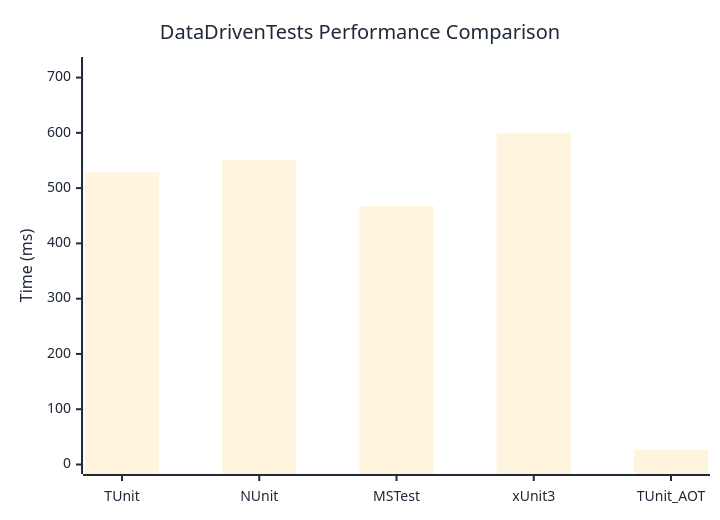
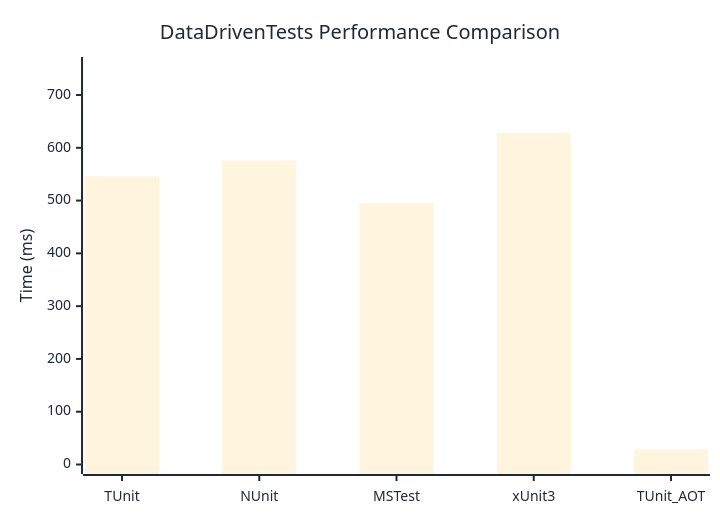
Before and after one commit to thomhurst/TUnit: the diagram in docs/docs/benchmarks/DataDrivenTests.md, drawn with Mermaid. The commit also changed other lines of this file and 17 other files, not shown here.

````diff
--- a/docs/docs/benchmarks/DataDrivenTests.md
+++ b/docs/docs/benchmarks/DataDrivenTests.md
@@ -27,37 +27,37 @@
 ```mermaid
 %%{init: {
   'theme':'base',
   'themeVariables': {
     'primaryColor': '#2563eb',
     'primaryTextColor': '#1f2937',
     'primaryBorderColor': '#1e40af',
     'lineColor': '#6b7280',
     'secondaryColor': '#7c3aed',
     'tertiaryColor': '#dc2626',
     'background': '#ffffff',
     'mainBkg': '#2563eb',
     'secondBkg': '#7c3aed',
     'tertiaryBkg': '#dc2626',
     'clusterBkg': '#f3f4f6',
     'edgeLabelBackground': '#ffffff',
     'tertiaryTextColor': '#1f2937',
     'pie1': '#2563eb',
     'pie2': '#7c3aed',
     'pie3': '#dc2626',
     'pie4': '#f59e0b',
     'pie5': '#10b981',
     'pie6': '#06b6d4',
     'pie7': '#ec4899',
     'pie8': '#6366f1',
     'pie9': '#84cc16',
     'pie10': '#f97316',
     'pie11': '#14b8a6',
     'pie12': '#a855f7'
   }
 }}%%
 xychart-beta
   title "DataDrivenTests Performance Comparison"
   x-axis ["TUnit", "NUnit", "MSTest", "xUnit3", "TUnit_AOT"]
-  y-axis "Time (ms)" 0 --> 720
-  bar [528.39, 551.25, 467.85, 599.96, 26.5]
+  y-axis "Time (ms)" 0 --> 754
+  bar [546.06, 575.99, 495.41, 628.1, 28.71]
 ```
````
